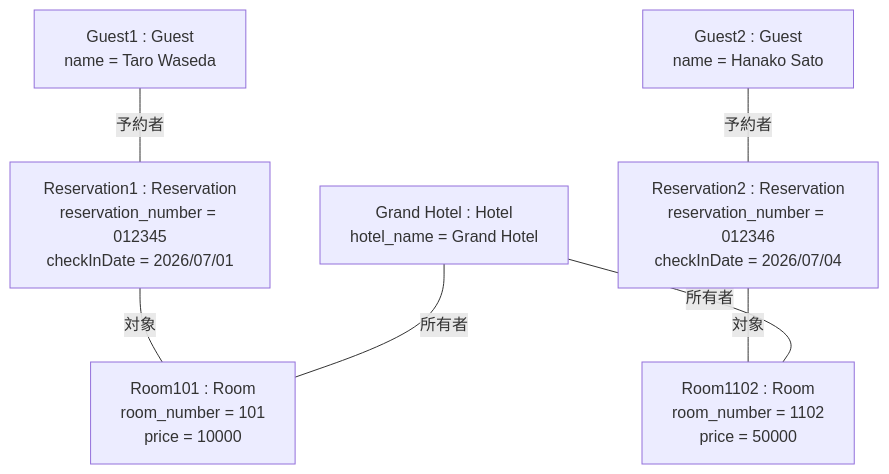
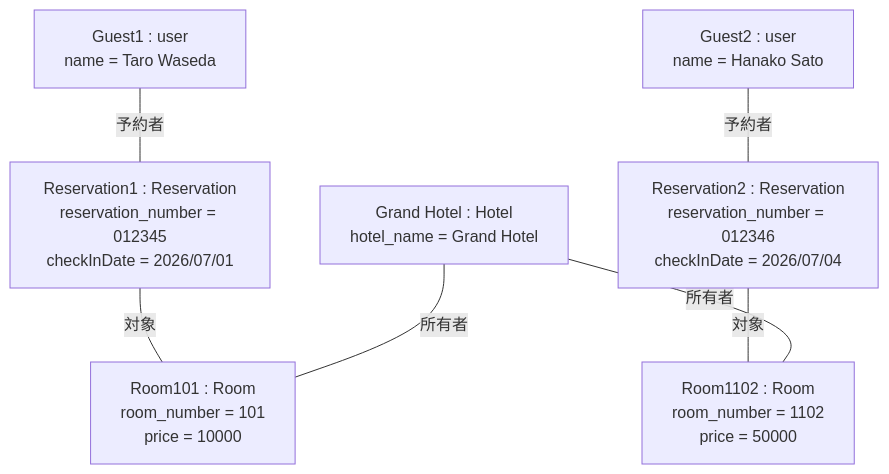
One commit to Kohki-tyl/HRS changed the second of 2 diagrams in Domain_Model.md. Above: the diagram before and after it, drawn with Mermaid. The commit also changed other lines of this file, not shown here.

````diff
--- a/Domain_Model.md
+++ b/Domain_Model.md
@@ -68,17 +71,17 @@
 ```mermaid
 flowchart TB
     H["Grand Hotel : Hotel<br/>hotel_name = Grand Hotel"]
-    G1["Guest1 : Guest<br/>name = Taro Waseda"]
-    G2["Guest2 : Guest<br/>name = Hanako Sato"]
+    G1["Guest1 : user<br/>name = Taro Waseda"]
+    G2["Guest2 : user<br/>name = Hanako Sato"]
     RV1["Reservation1 : Reservation<br/>reservation_number = 012345<br/>checkInDate = 2026/07/01"]
     RV2["Reservation2 : Reservation<br/>reservation_number = 012346<br/>checkInDate = 2026/07/04"]
     R1["Room101 : Room<br/>room_number = 101<br/>price = 10000"]
     R2["Room1102 : Room<br/>room_number = 1102<br/>price = 50000"]
 
     G1 ---|予約者| RV1
     G2 ---|予約者| RV2
     RV1 ---|対象| R1
     RV2 ---|対象| R2
     H ---|所有者| R1
     H ---|所有者| R2
 ```
````
